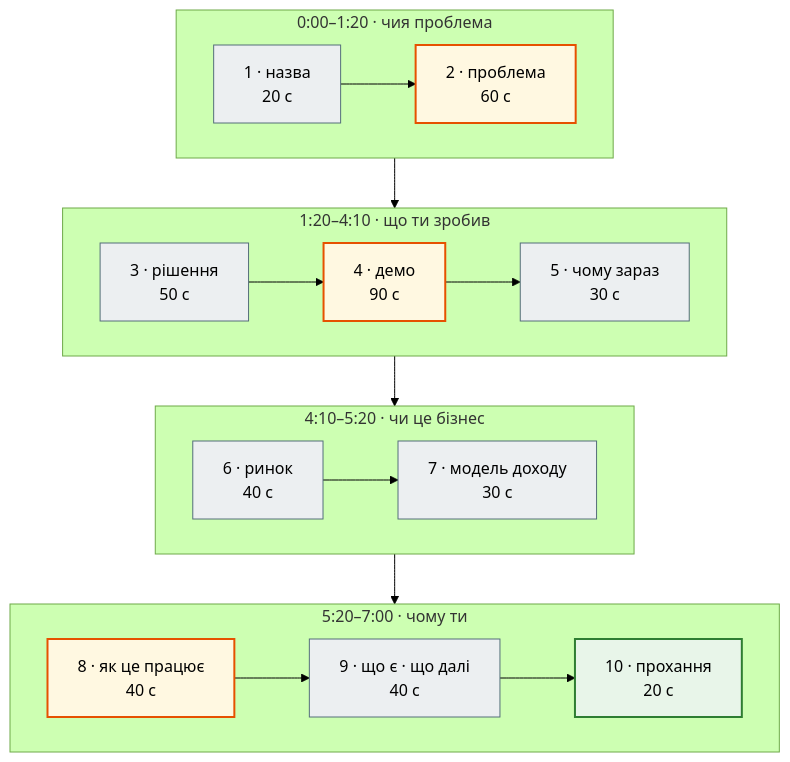
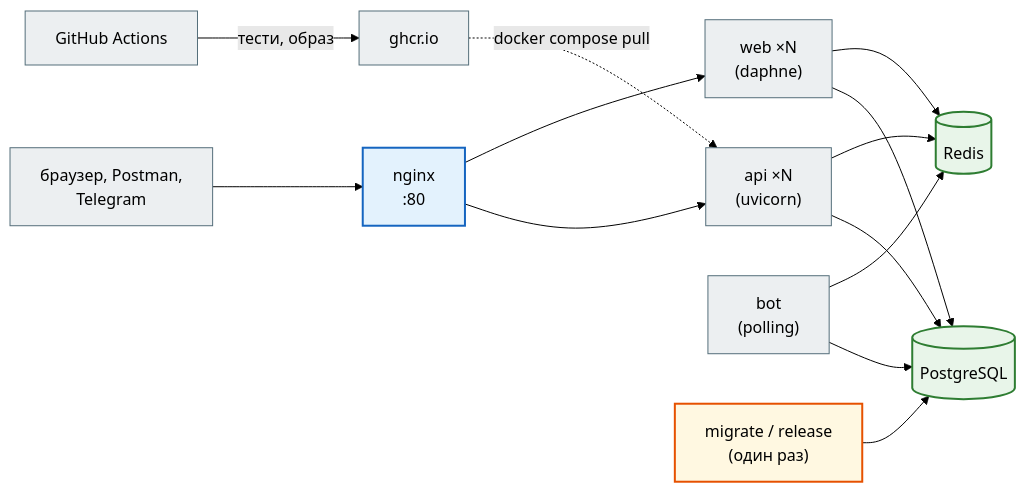
The tenth of 11 diagrams in docs/modules/m6/lesson_52.md (AlinaRadchenko/PY-Course-Victor-Nikoriak-22-09-2026), drawn with Mermaid (forest theme) before and after one commit. The commit also changed other lines of this file and 1846 other files, not shown here.

````diff
--- a/docs/modules/m6/lesson_52.md
+++ b/docs/modules/m6/lesson_52.md
@@ -222,30 +702,28 @@
 ```mermaid
-flowchart TD
+graph LR
     classDef step     fill:#eceff1,stroke:#546e7a,stroke-width:1px;
     classDef decision fill:#e3f2fd,stroke:#1565c0,stroke-width:2px;
     classDef success  fill:#e8f5e9,stroke:#2e7d32,stroke-width:2px;
     classDef error    fill:#ffebee,stroke:#c62828,stroke-width:3px;
     classDef warning  fill:#fff8e1,stroke:#e65100,stroke-width:2px;
 
-    subgraph P1["0:00–1:20 · чия проблема"]
-        direction LR
-        S1["1 · назва<br>20 с"] --> S2["2 · проблема<br>60 с"]
-    end
-    subgraph P2["1:20–4:10 · що ти зробив"]
-        direction LR
-        S3["3 · рішення<br>50 с"] --> S4["4 · демо<br>90 с"] --> S5["5 · чому зараз<br>30 с"]
-    end
-    subgraph P3["4:10–5:20 · чи це бізнес"]
-        direction LR
-        S6["6 · ринок<br>40 с"] --> S7["7 · модель доходу<br>30 с"]
-    end
-    subgraph P4["5:20–7:00 · чому ти"]
-        direction LR
-        S8["8 · як це працює<br>40 с"] --> S9["9 · що є · що далі<br>40 с"] --> S10["10 · прохання<br>20 с"]
-    end
-    P1 --> P2 --> P3 --> P4
+    U["браузер, Postman,<br>Telegram"] --> NG["nginx<br>:80"]
+    NG --> API["api ×N<br>(uvicorn)"]
+    NG --> WEB["web ×N<br>(daphne)"]
+    BOT["bot<br>(polling)"] --> PG
+    API --> PG[("PostgreSQL")]
+    API --> RD[("Redis")]
+    WEB --> PG
+    WEB --> RD
+    BOT --> RD
+    MIG["migrate / release<br>(один раз)"] --> PG
+    CI["GitHub Actions"] -->|"тести, образ"| GHCR["ghcr.io"]
+    GHCR -.->|"docker compose pull"| API
 
-    class S1,S3,S5,S6,S7,S9 step
-    class S2,S4,S8 warning
-    class S10 success
+    class U step
+    class NG decision
+    class API,WEB,BOT step
+    class PG,RD success
+    class MIG warning
+    class CI,GHCR step
 ```
````
